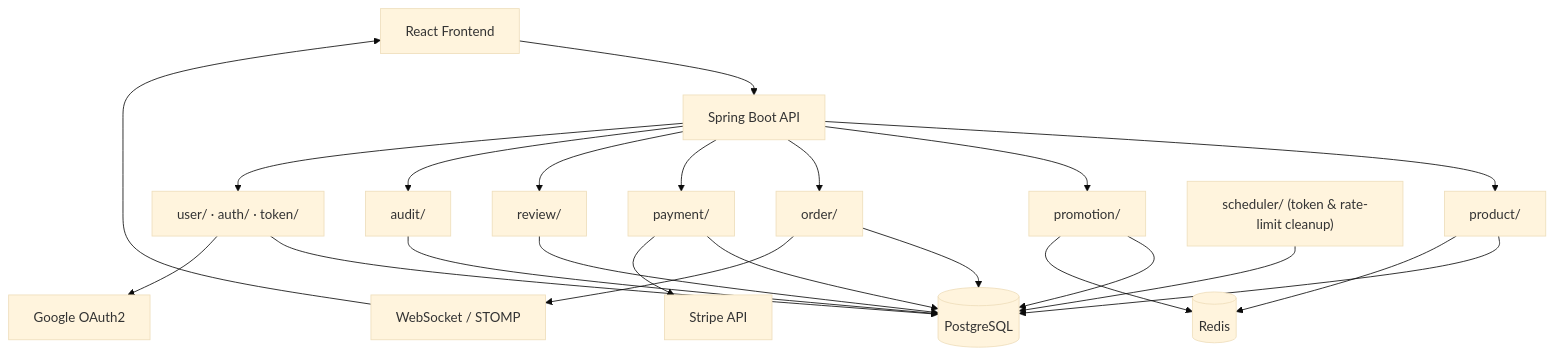
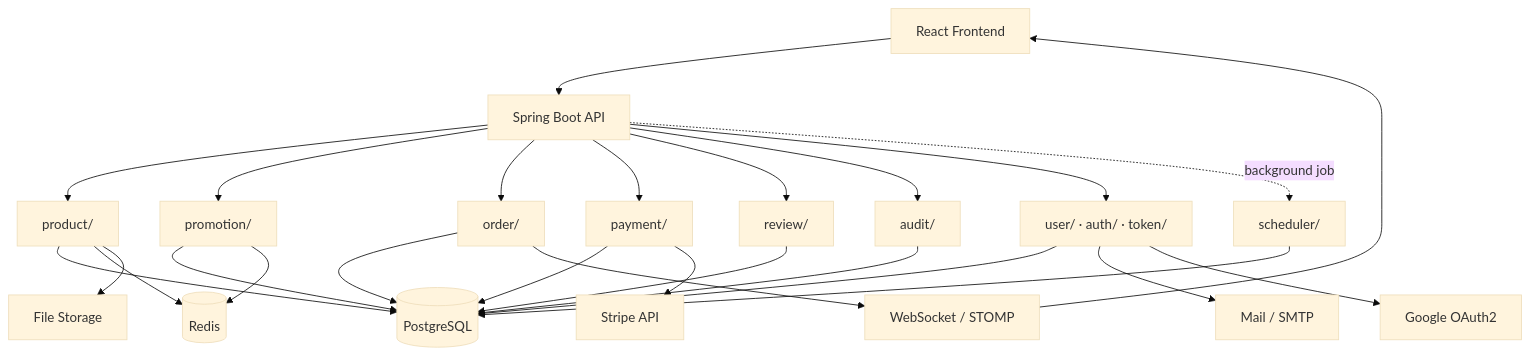
The diagram in README.md (AntonBas/sushi-shop), drawn with Mermaid (base theme) before and after one commit.

Commit message:
docs: expand and restructure README

````diff
--- a/README.md
+++ b/README.md
@@ -88,31 +88,33 @@
 ```mermaid
 flowchart TD
     A[React Frontend] --> B[Spring Boot API]
 
     B --> PR["product/"]
     B --> PM["promotion/"]
     B --> OR["order/"]
     B --> PY["payment/"]
     B --> RV["review/"]
     B --> AD["audit/"]
     B --> ID["user/ · auth/ · token/"]
+    B -.background job.-> SCH["scheduler/"]
 
     PR --> DB[(PostgreSQL)]
     PM --> DB
     OR --> DB
     PY --> DB
     RV --> DB
     AD --> DB
     ID --> DB
+    SCH --> DB
 
     PR --> CACHE[(Redis)]
     PM --> CACHE
 
-    OR --> WS[WebSocket / STOMP]
-    WS --> A
+    PR --> FILE[File Storage]
+    ID --> MAIL[Mail / SMTP]
+
+    OR --> WS[WebSocket / STOMP] --> A
 
     PY --> STRIPE[Stripe API]
     ID --> OAUTH[Google OAuth2]
-
-    SCH["scheduler/ (token & rate-limit cleanup)"] --> DB
 ```
````
